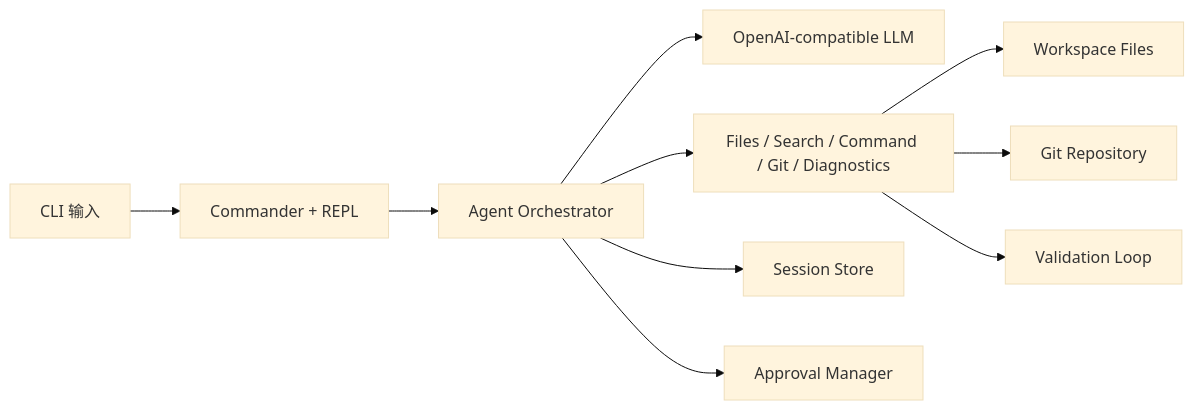
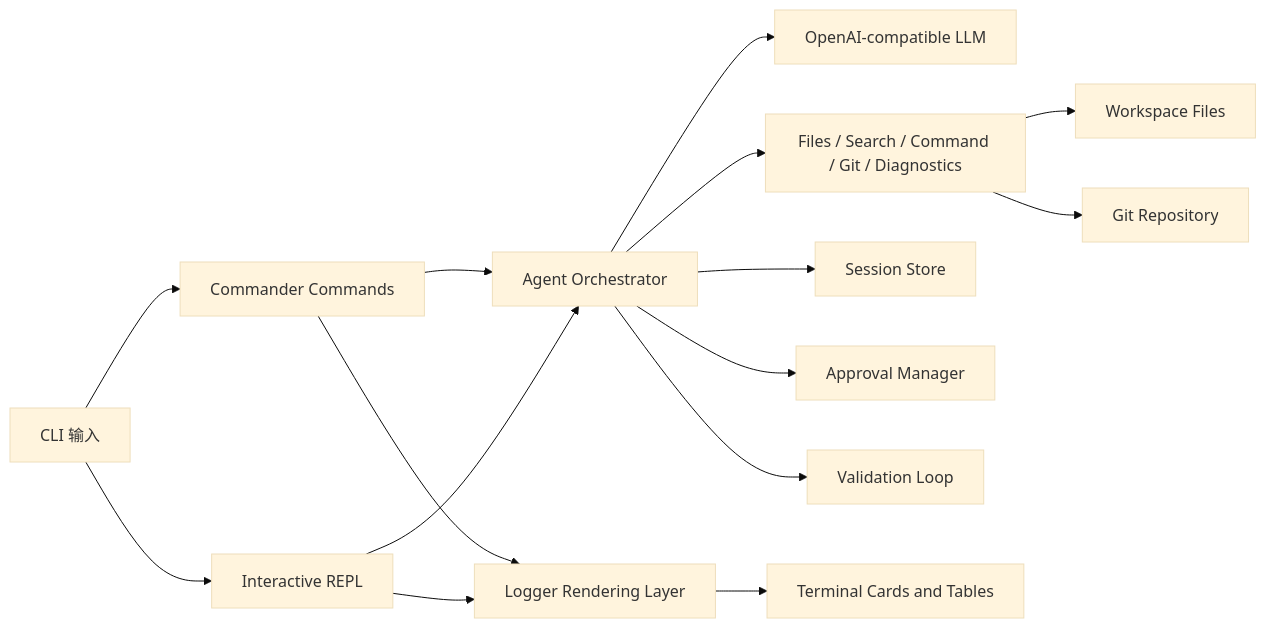
One commit to Tches-git/Mini-Code-Agent changed the first of 7 diagrams in README.md. Above: the diagram before and after it, drawn with Mermaid (base theme). The commit also changed other lines of this file and 23 other files, not shown here.

````diff
--- a/README.md
+++ b/README.md
@@ -37,12 +38,17 @@
 ```mermaid
 flowchart LR
-    User[CLI 输入] --> CLI[Commander + REPL]
+    User[CLI 输入] --> CLI[Commander Commands]
+    User --> REPL[Interactive REPL]
+    CLI --> Render[Logger Rendering Layer]
+    REPL --> Render
     CLI --> Orchestrator[Agent Orchestrator]
+    REPL --> Orchestrator
     Orchestrator --> LLM[OpenAI-compatible LLM]
     Orchestrator --> Tools[Files / Search / Command / Git / Diagnostics]
     Orchestrator --> Session[Session Store]
     Orchestrator --> Approval[Approval Manager]
+    Orchestrator --> Validation[Validation Loop]
+    Render --> Terminal[Terminal Cards and Tables]
     Tools --> Workspace[Workspace Files]
     Tools --> GitRepo[Git Repository]
-    Tools --> Validation[Validation Loop]
 ```
````
